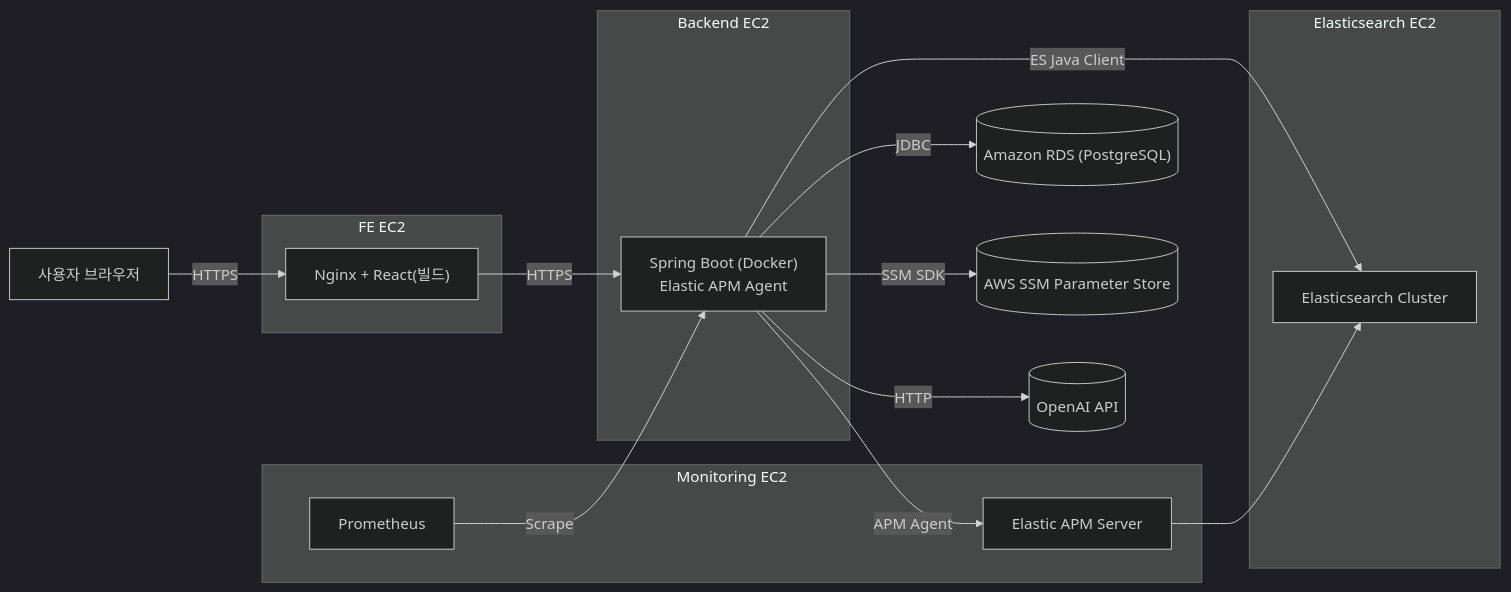
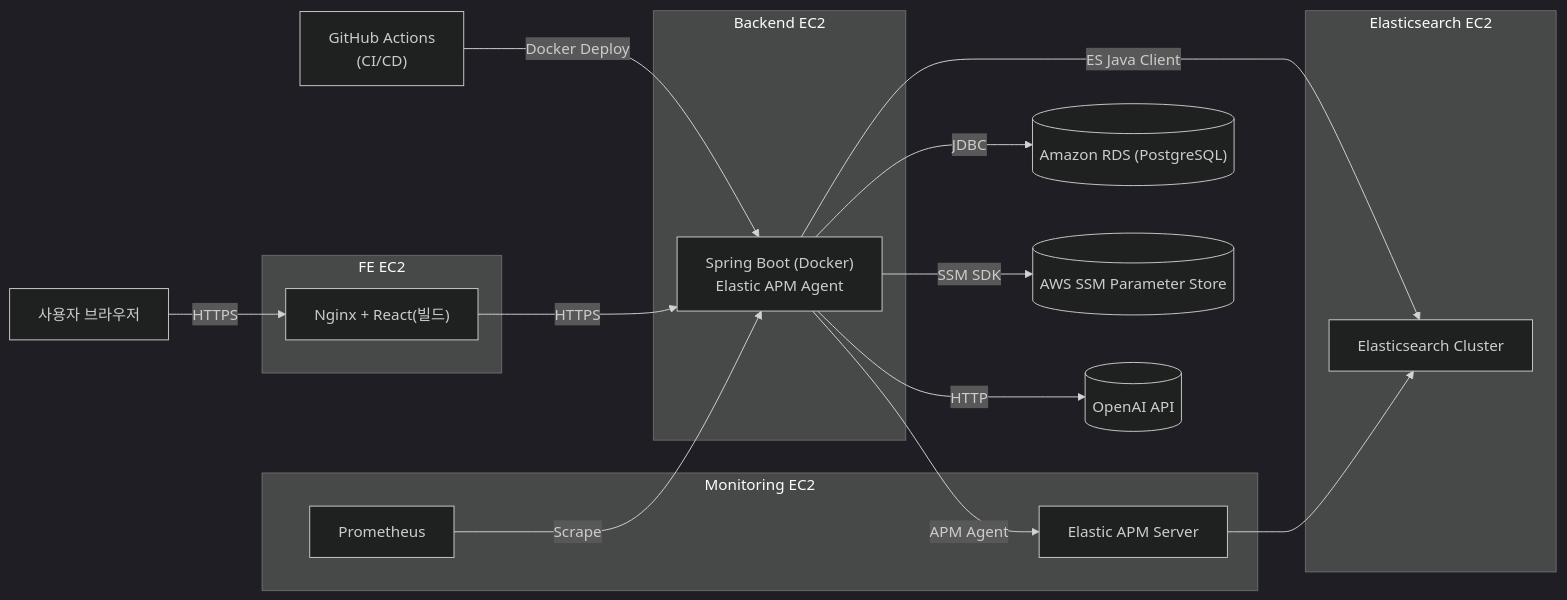
The diagram in README.md (hihisososo/search-admin-be), drawn with Mermaid (dark theme) before and after one commit.

Commit message:
docs: 서버 구성도에 GitHub Actions CI/CD 추가

````diff
--- a/README.md
+++ b/README.md
@@ -50,37 +50,39 @@
 ```mermaid
 flowchart LR
   client["사용자 브라우저"]
+  github["GitHub Actions\n(CI/CD)"]
 
   subgraph FE_EC2["FE EC2"]
     fe["Nginx + React(빌드)"]
   end
 
   subgraph BE_EC2["Backend EC2"]
     be["Spring Boot (Docker)\nElastic APM Agent"]
   end
 
   subgraph ES_EC2["Elasticsearch EC2"]
     es["Elasticsearch Cluster"]
   end
 
   subgraph MON_EC2["Monitoring EC2"]
     prom["Prometheus"]
     apm["Elastic APM Server"]
   end
 
   rds[("Amazon RDS (PostgreSQL)")]
   ssm[("AWS SSM Parameter Store")]
   openai[("OpenAI API")]
 
+  github -->|Docker Deploy| be
   client -->|HTTPS| fe
   fe -->|HTTPS| be
 
   be -->|JDBC| rds
   be -->|ES Java Client| es
   be -->|HTTP| openai
   be -->|SSM SDK| ssm
 
   prom -->|Scrape| be
   be -->|APM Agent| apm
   apm --> es
 ```
````
